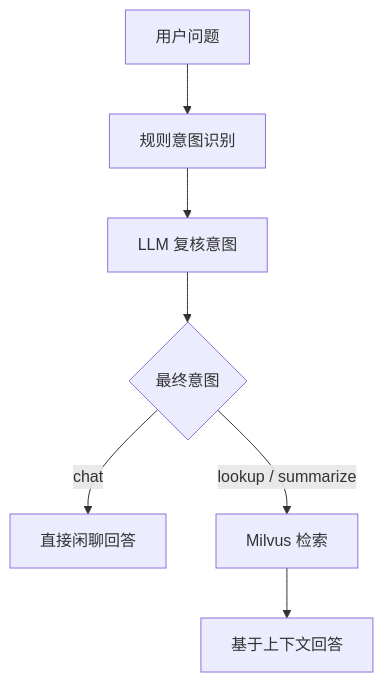
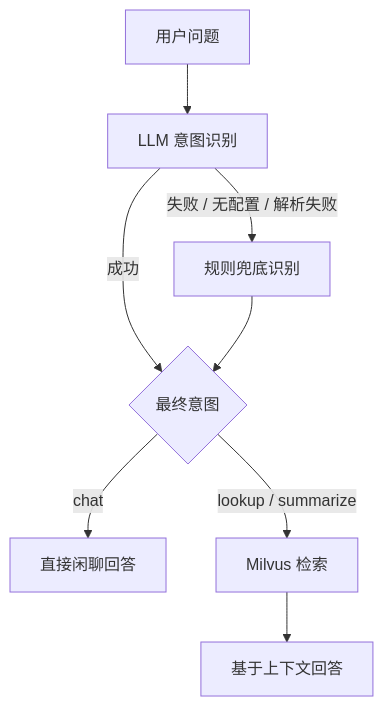
Before and after one commit to szlx23/fabagent-rag: the diagram in README.md, drawn with Mermaid. The commit also changed other lines of this file and 2 other files, not shown here.

````diff
--- a/README.md
+++ b/README.md
@@ -274,9 +275,10 @@
 ```mermaid
 flowchart TD
-    A[用户问题] --> B[规则意图识别]
-    B --> C[LLM 复核意图]
-    C --> D{最终意图}
-    D -->|chat| E[直接闲聊回答]
-    D -->|lookup / summarize| F[Milvus 检索]
+    A[用户问题] --> B[LLM 意图识别]
+    B -->|成功| C{最终意图}
+    B -->|失败 / 无配置 / 解析失败| D[规则兜底识别]
+    D --> C
+    C -->|chat| E[直接闲聊回答]
+    C -->|lookup / summarize| F[Milvus 检索]
     F --> G[基于上下文回答]
 ```
````
